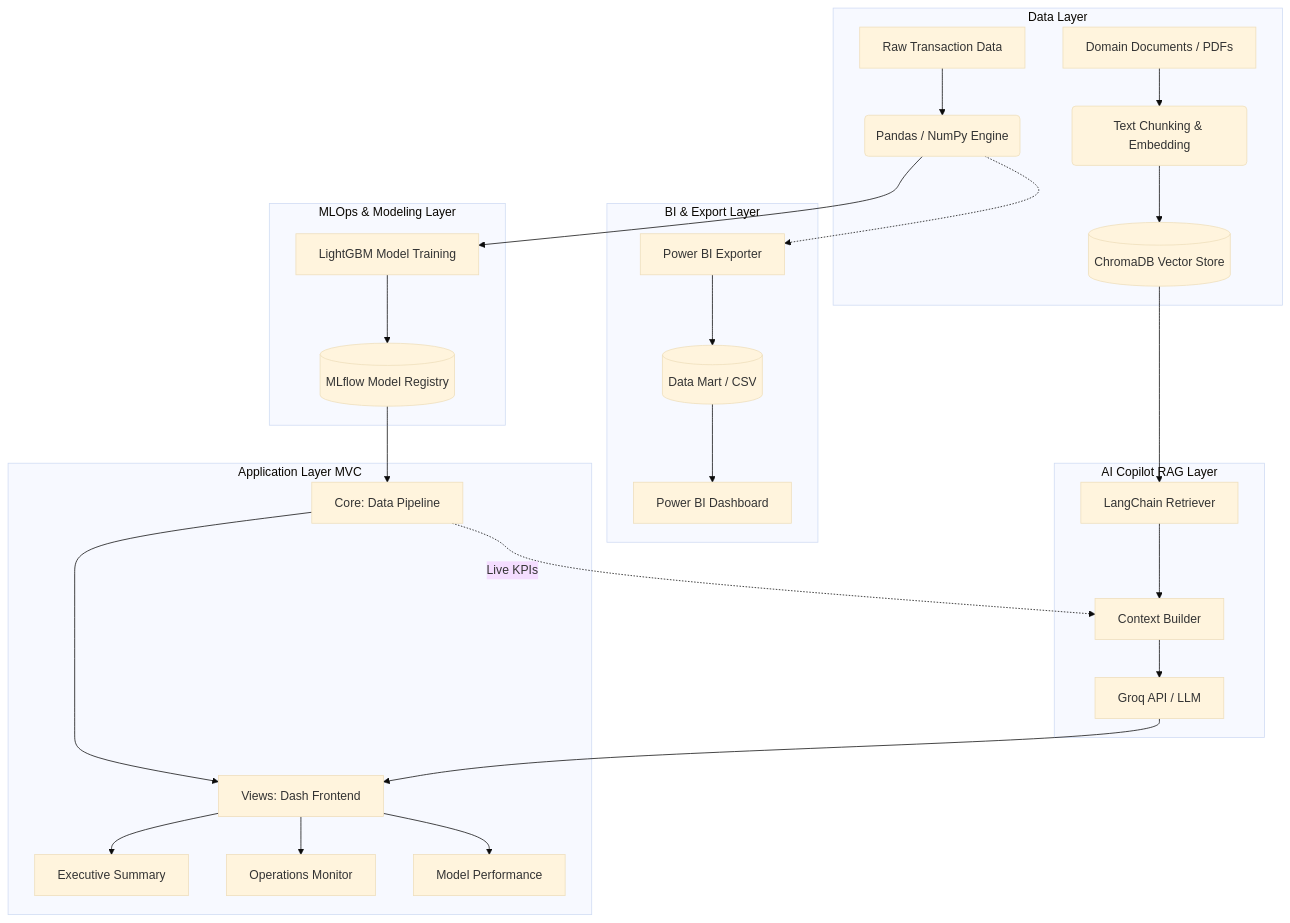
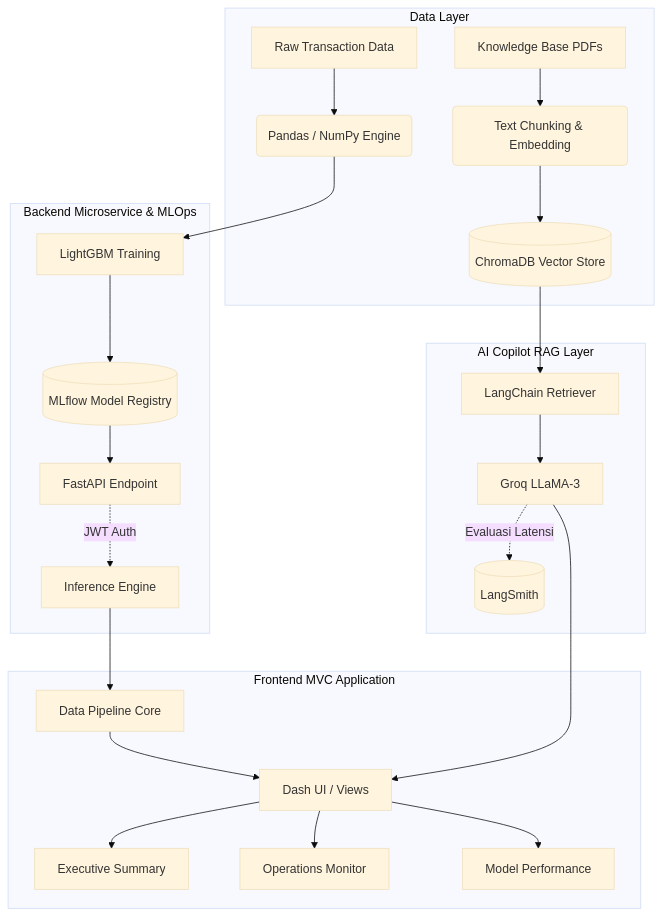
One commit to RazerArdi/credit-card-fraud-ml changed the second of 2 diagrams in README.md. Above: the diagram before and after it, drawn with Mermaid (base theme). The commit also changed other lines of this file and 9 other files, not shown here.

First line of the commit message:
feat: Implement JWT authentication for the Risk API and enhance security measures

````diff
--- a/README.md
+++ b/README.md
@@ -30,35 +70,30 @@
 ```mermaid
 flowchart TD
-    subgraph Data Layer
+    subgraph DATA["Data Layer"]
         A[Raw Transaction Data] --> B(Pandas / NumPy Engine)
-        C[Domain Documents / PDFs] --> D(Text Chunking & Embedding)
+        C[Knowledge Base PDFs] --> D(Text Chunking & Embedding)
         D --> E[(ChromaDB Vector Store)]
     end
 
-    subgraph MLOps & Modeling Layer
-        B --> F[LightGBM Model Training]
+    subgraph BACKEND["Backend Microservice & MLOps"]
+        B --> F[LightGBM Training]
         F --> G[(MLflow Model Registry)]
+        G --> H[FastAPI Endpoint]
+        H -. JWT Auth .-> I[Inference Engine]
     end
 
-    subgraph BI & Export Layer
-        B -.-> P[Power BI Exporter]
-        P --> Q[(Data Mart / CSV)]
-        Q --> R[Power BI Dashboard]
+    subgraph FRONTEND["Frontend MVC Application"]
+        I --> J[Data Pipeline Core]
+        J --> K[Dash UI / Views]
+        K --> L[Executive Summary]
+        K --> M[Operations Monitor]
+        K --> N[Model Performance]
     end
 
-    subgraph Application Layer MVC
-        G --> H[Core: Data Pipeline]
-        H --> I[Views: Dash Frontend]
-        I --> J[Executive Summary]
-        I --> K[Operations Monitor]
-        I --> L[Model Performance]
-    end
-
-    subgraph AI Copilot RAG Layer
-        E --> M[LangChain Retriever]
-        H -. Live KPIs .-> N[Context Builder]
-        M --> N
-        N --> O[Groq API / LLM]
-        O --> I
+    subgraph RAG["AI Copilot RAG Layer"]
+        E --> O[LangChain Retriever]
+        O --> P[Groq LLaMA-3]
+        P --> K
+        P -. Evaluasi Latensi .-> Q[(LangSmith)]
     end
 ```
````
